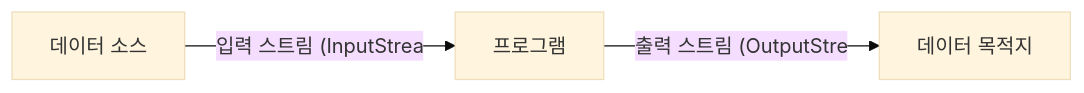
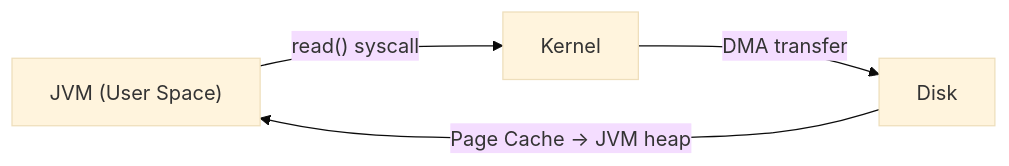
One commit to yjkim2015/yjkim2015.github.io changed the first of 8 diagrams in _posts/java/2026-05-01-java-io.md. Above: the diagram before and after it, drawn with Mermaid (base theme). The commit also changed other lines of this file and 4 other files, not shown here.

````diff
--- a/_posts/java/2026-05-01-java-io.md
+++ b/_posts/java/2026-05-01-java-io.md
@@ -24,5 +27,6 @@
 ```mermaid
 graph LR
-    SRC["데이터 소스"] -->|"입력 스트림 (InputStrea"| PROG["프로그램"]
-    PROG -->|"출력 스트림 (OutputStre"| DEST["데이터 목적지"]
+    JVM["JVM (User Space)"] -->|"read() syscall"| KERN["Kernel"]
+    KERN -->|"DMA transfer"| DISK["Disk"]
+    DISK -->|"Page Cache → JVM heap"| JVM
 ```
````
